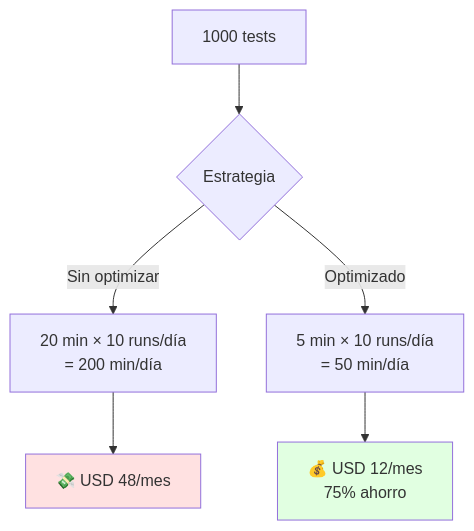
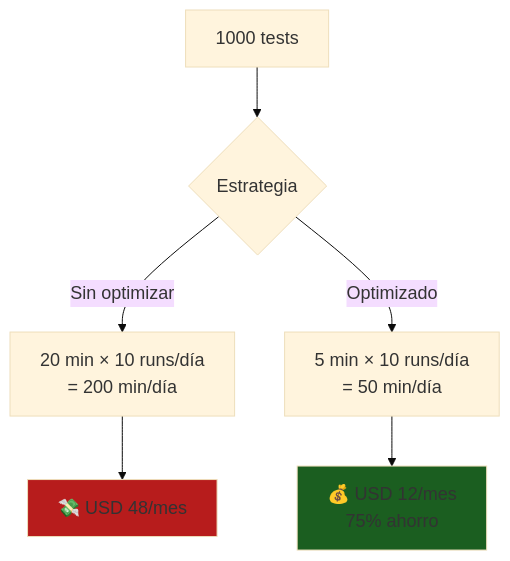
Before and after one commit to Ai-Whisperers/Courses-Content: diagram 15 of 16 in courses/🟡-development/FPUNA-2026/01-DESARROLLO-SOFTWARE/especializaciones/qa-automation/04-integracion-ci-cd.md, drawn with Mermaid. The commit also changed other lines of this file and 47 other files, not shown here.

First line of the commit message:
fix: Make all 473 diagrams WCAG AAA accessible (FPUNA-2026)

````diff
--- a/courses/🟡-development/FPUNA-2026/01-DESARROLLO-SOFTWARE/especializaciones/qa-automation/04-integracion-ci-cd.md
+++ b/courses/🟡-development/FPUNA-2026/01-DESARROLLO-SOFTWARE/especializaciones/qa-automation/04-integracion-ci-cd.md
@@ -1305,13 +1319,14 @@
 ```mermaid
+%%{init: {'theme':'base', 'themeVariables': {'fontSize':'18px'}}}%%
 graph TD
     A[1000 tests] --> B{Estrategia}
     
     B -->|Sin optimizar| C[20 min × 10 runs/día<br/>= 200 min/día]
     C --> D[💸 USD 48/mes]
     
     B -->|Optimizado| E[5 min × 10 runs/día<br/>= 50 min/día]
     E --> F[💰 USD 12/mes<br/>75% ahorro]
     
-    style D fill:#FFE1E1
-    style F fill:#E1FFE1
+    style D fill:#b71c1c
+    style F fill:#1b5e20
 ```
````
